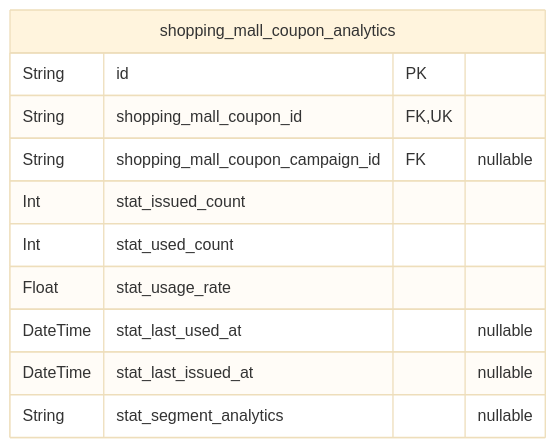
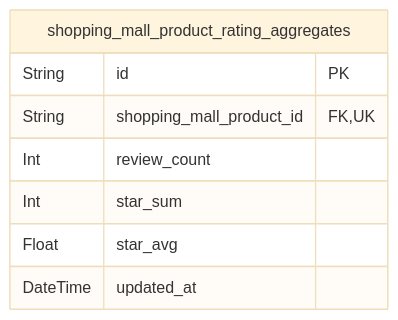
The ninth of 9 diagrams in docs/ERD.md (wrtnlabs/autobe-example-shopping-openai-gpt-4.1), drawn with Mermaid (base theme) before and after one commit. The commit also changed other lines of this file and 1867 other files, not shown here.

````diff
--- a/docs/ERD.md
+++ b/docs/ERD.md
@@ -2743,14 +1788,11 @@
 ```mermaid
 erDiagram
-"shopping_mall_coupon_analytics" {
+"shopping_mall_product_rating_aggregates" {
   String id PK
-  String shopping_mall_coupon_id FK,UK
-  String shopping_mall_coupon_campaign_id FK "nullable"
-  Int stat_issued_count
-  Int stat_used_count
-  Float stat_usage_rate
-  DateTime stat_last_used_at "nullable"
-  DateTime stat_last_issued_at "nullable"
-  String stat_segment_analytics "nullable"
+  String shopping_mall_product_id FK,UK
+  Int review_count
+  Int star_sum
+  Float star_avg
+  DateTime updated_at
 }
 ```
````
